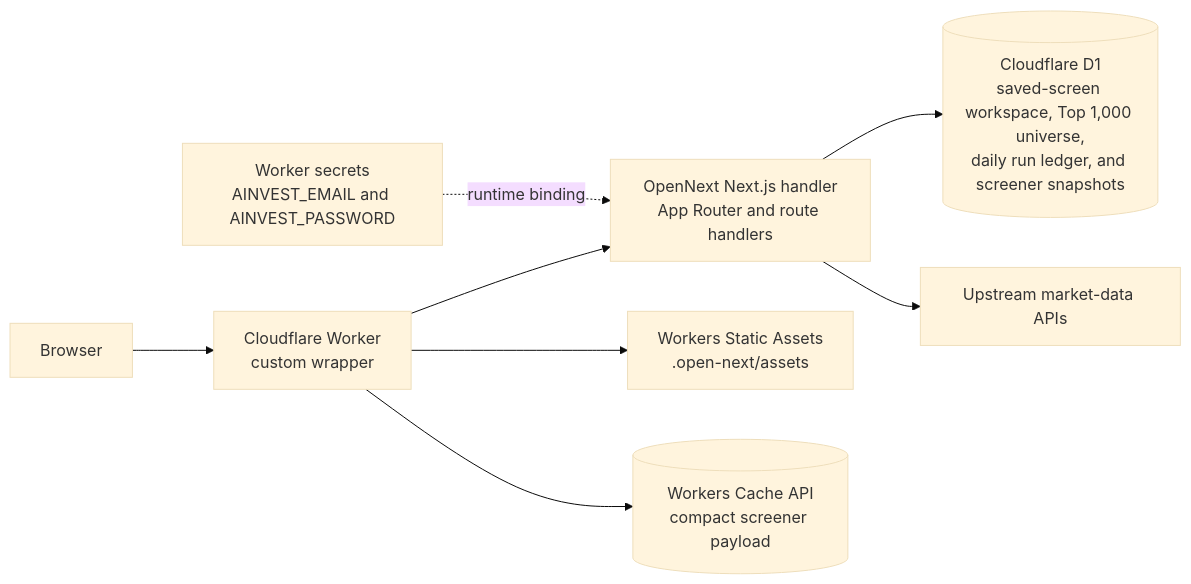
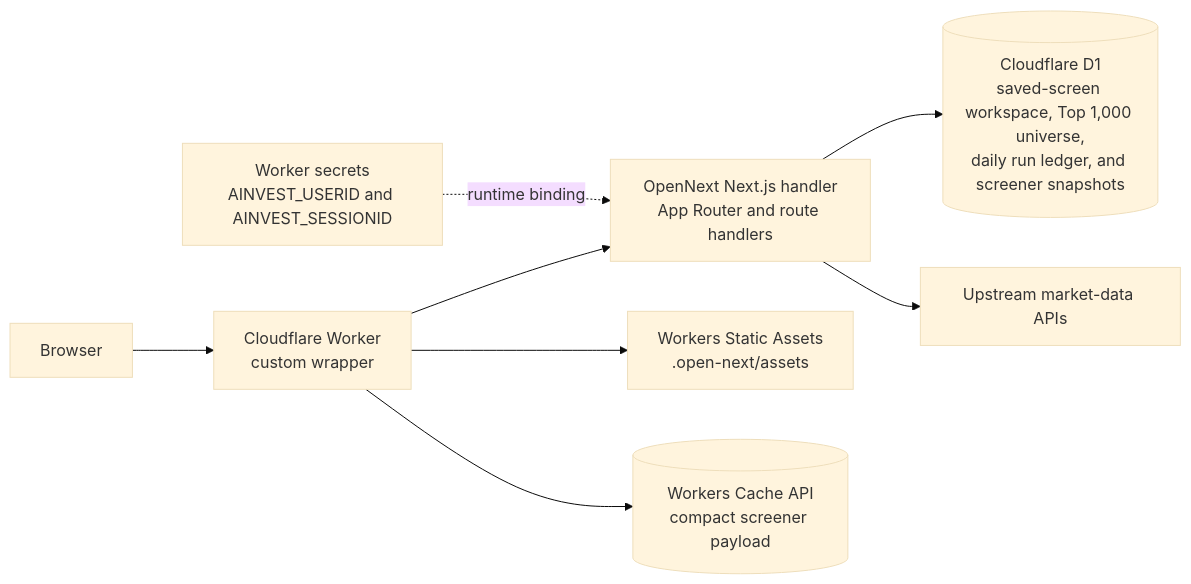
The first of 2 diagrams in site/docs/cloudflare-architecture.md (emeryxu1-blip/ValueInvestment), drawn with Mermaid (base theme) before and after one commit. The commit also changed other lines of this file and 15 other files, not shown here.

````diff
--- a/site/docs/cloudflare-architecture.md
+++ b/site/docs/cloudflare-architecture.md
@@ -34,19 +34,19 @@
 ```mermaid
 flowchart LR
     Browser["Browser"]
     Worker["Cloudflare Worker\ncustom wrapper"]
     OpenNext["OpenNext Next.js handler\nApp Router and route handlers"]
     Assets["Workers Static Assets\n.open-next/assets"]
     EdgeCache[("Workers Cache API\ncompact screener payload")]
     D1[("Cloudflare D1\nsaved-screen workspace, Top 1,000 universe,\ndaily run ledger, and screener snapshots")]
     Market["Upstream market-data APIs"]
-    Secret["Worker secrets\nAINVEST_EMAIL and AINVEST_PASSWORD"]
+    Secret["Worker secrets\nAINVEST_USERID and AINVEST_SESSIONID"]
 
     Browser --> Worker
     Worker --> EdgeCache
     Worker --> OpenNext
     Worker --> Assets
     OpenNext --> D1
     OpenNext --> Market
     Secret -. runtime binding .-> OpenNext
 ```
````
